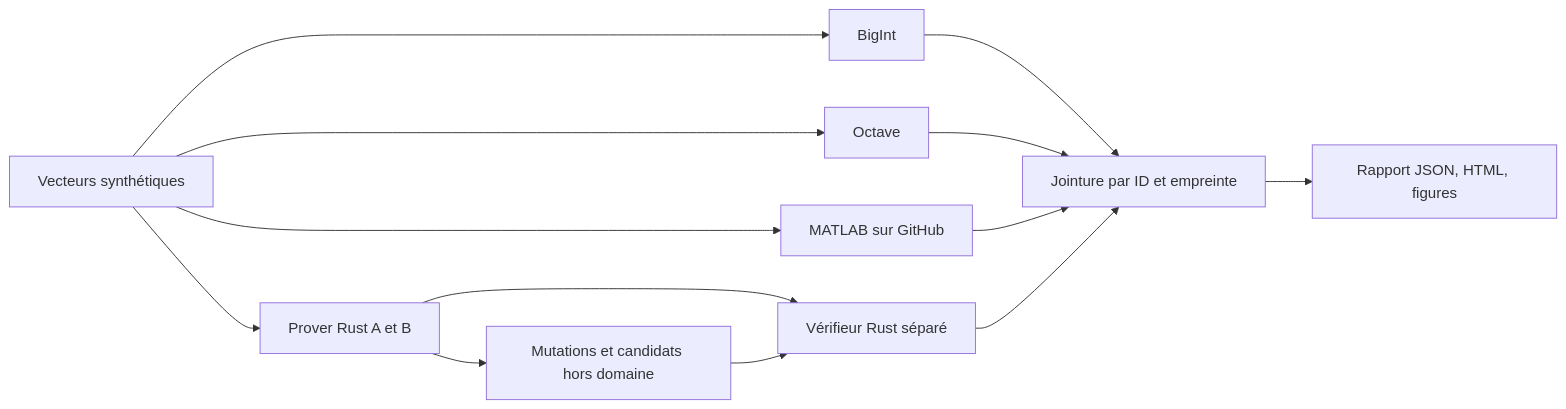
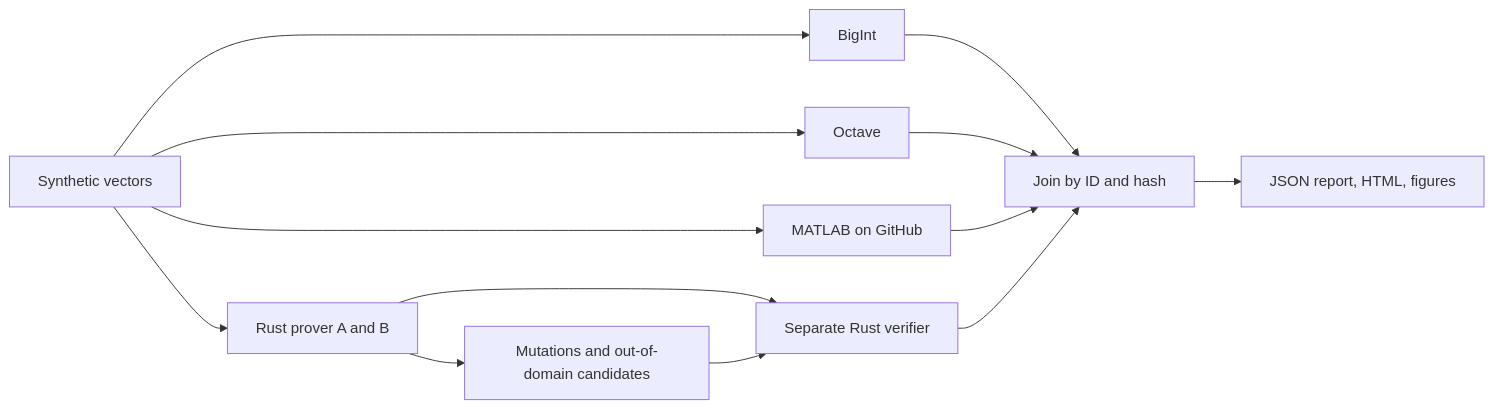
One commit to m4tth1euNa0p1c/ZK-agentiK changed the diagram in docs/experiments/circuit/README.md. Above: the diagram before and after it, drawn with Mermaid. The commit also changed other lines of this file and 51 other files, not shown here.

````diff
--- a/docs/experiments/circuit/README.md
+++ b/docs/experiments/circuit/README.md
@@ -96,15 +96,15 @@
 ```mermaid
 flowchart LR
-  V[Vecteurs synthétiques] --> I[BigInt]
+  V[Synthetic vectors] --> I[BigInt]
   V --> O[Octave]
-  V --> M[MATLAB sur GitHub]
-  V --> P[Prover Rust A et B]
-  P --> A[Mutations et candidats hors domaine]
-  P --> R[Vérifieur Rust séparé]
+  V --> M[MATLAB on GitHub]
+  V --> P[Rust prover A and B]
+  P --> A[Mutations and out-of-domain candidates]
+  P --> R[Separate Rust verifier]
   A --> R
-  I --> J[Jointure par ID et empreinte]
+  I --> J[Join by ID and hash]
   O --> J
   M --> J
   R --> J
-  J --> D[Rapport JSON, HTML, figures]
+  J --> D[JSON report, HTML, figures]
 ```
````
